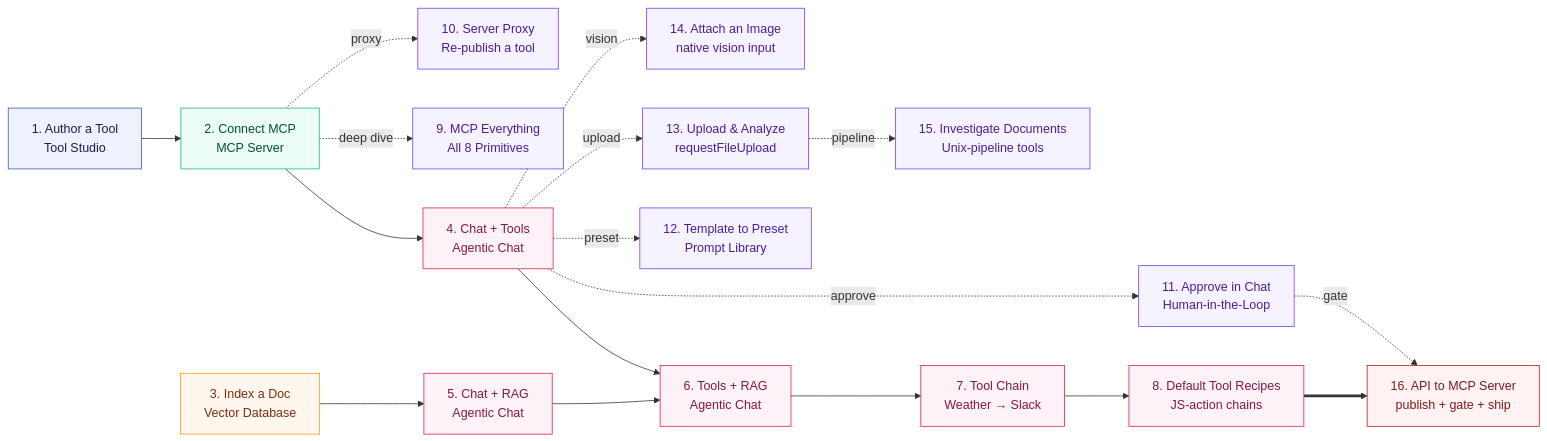
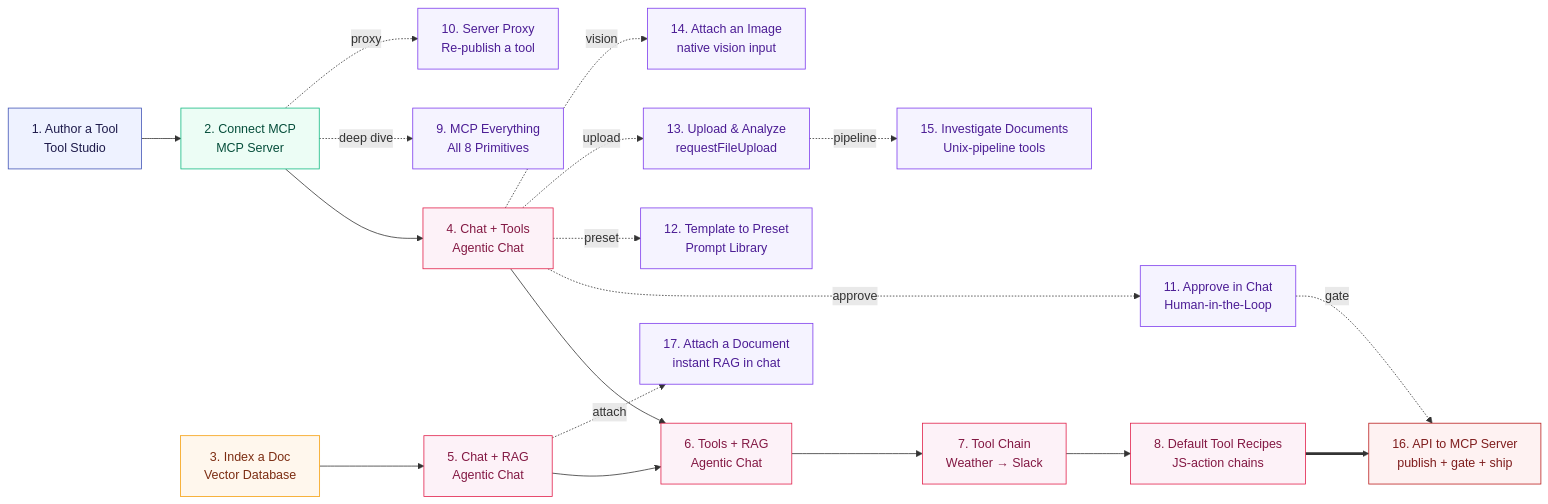
Before and after one commit to spring-ai-community/spring-ai-playground: the diagram in docs/tutorials/index.md, drawn with Mermaid. The commit also changed other lines of this file and 126 other files, not shown here.

````diff
--- a/docs/tutorials/index.md
+++ b/docs/tutorials/index.md
@@ -11,47 +11,49 @@
 ```mermaid
 flowchart LR
   T1["1. Author a Tool<br/>Tool Studio"]
   T2["2. Connect MCP<br/>MCP Server"]
   T3["3. Index a Doc<br/>Vector Database"]
   T4["4. Chat + Tools<br/>Agentic Chat"]
   T5["5. Chat + RAG<br/>Agentic Chat"]
   T6["6. Tools + RAG<br/>Agentic Chat"]
   T7["7. Tool Chain<br/>Weather → Slack"]
   T8["8. Default Tool Recipes<br/>JS-action chains"]
   T9["9. MCP Everything<br/>All 8 Primitives"]
   T10["10. Server Proxy<br/>Re-publish a tool"]
   T11["11. Approve in Chat<br/>Human-in-the-Loop"]
   T12["12. Template to Preset<br/>Prompt Library"]
   T13["13. Upload & Analyze<br/>requestFileUpload"]
   T14["14. Attach an Image<br/>native vision input"]
   T15["15. Investigate Documents<br/>Unix-pipeline tools"]
   T16["16. API to MCP Server<br/>publish + gate + ship"]
+  T17["17. Attach a Document<br/>instant RAG in chat"]
   T1 --> T2
   T2 --> T4
   T3 --> T5
   T4 --> T6
   T5 --> T6
   T6 --> T7
   T7 --> T8
   T2 -. deep dive .-> T9
   T2 -. proxy .-> T10
   T4 -. approve .-> T11
   T4 -. preset .-> T12
   T4 -. upload .-> T13
   T4 -. vision .-> T14
   T13 -. pipeline .-> T15
+  T5 -. attach .-> T17
   T8 ==> T16
   T11 -. gate .-> T16
   classDef build fill:#eef2ff,stroke:#3F51B5,color:#1e1b4b
   classDef validate fill:#ecfdf5,stroke:#10b981,color:#064e3b
   classDef ground fill:#fff7ed,stroke:#f59e0b,color:#7c2d12
   classDef compose fill:#fdf2f8,stroke:#e11d48,color:#831843
   classDef bonus fill:#f5f3ff,stroke:#7c3aed,color:#4c1d95
   classDef ship fill:#fef2f2,stroke:#b91c1c,color:#7f1d1d
   class T1 build
   class T2 validate
   class T3 ground
   class T4,T5,T6,T7,T8 compose
-  class T9,T10,T11,T12,T13,T14,T15 bonus
+  class T9,T10,T11,T12,T13,T14,T15,T17 bonus
   class T16 ship
 ```
````
